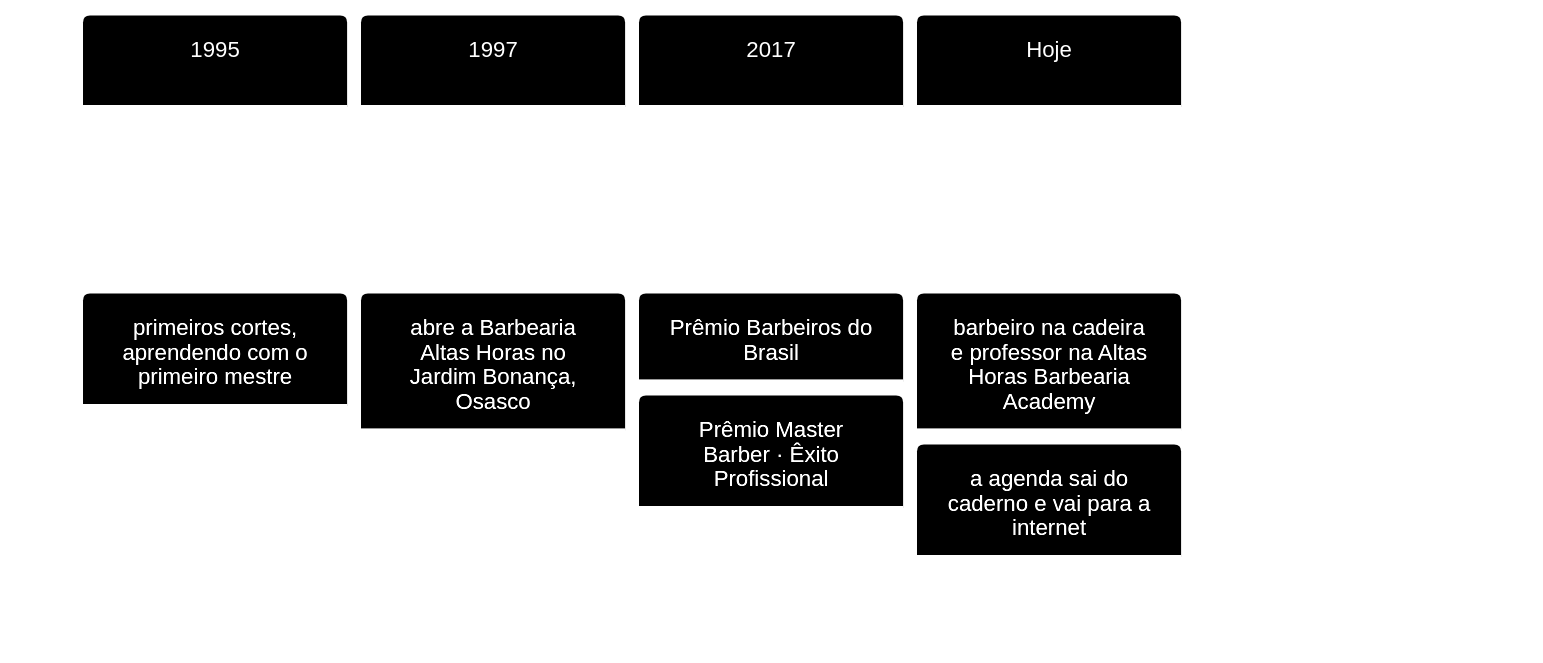
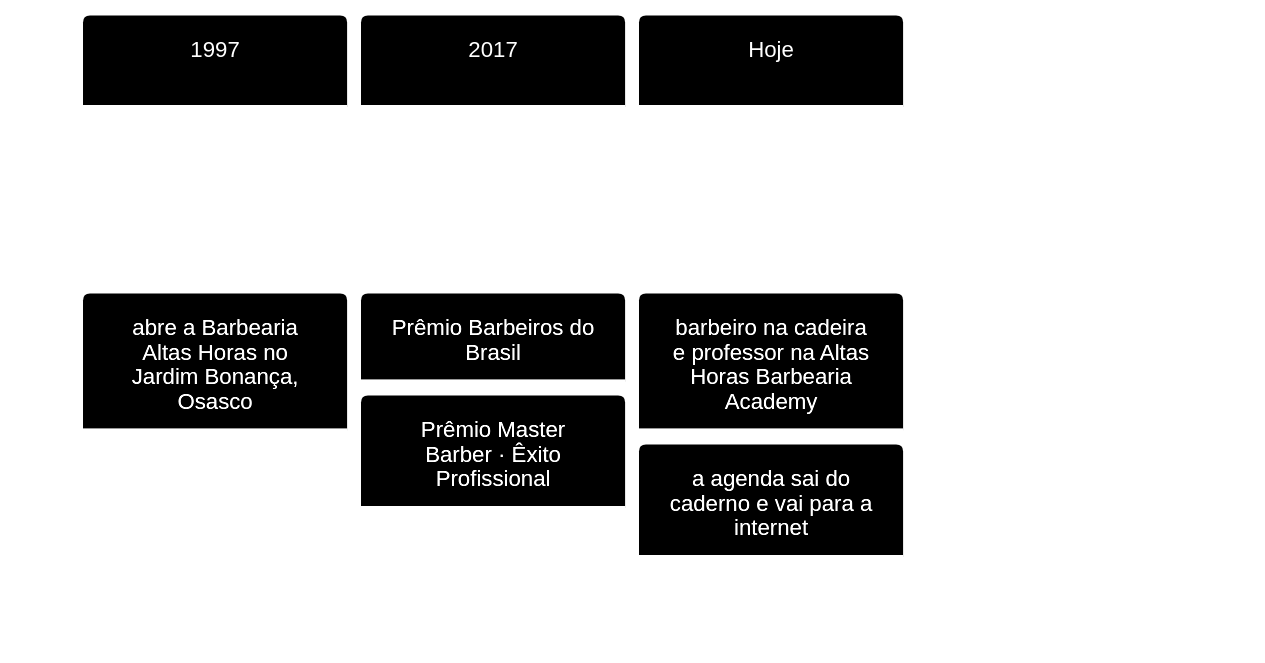
Before and after one commit to k3vinrich4rd/barbearia-altas-horas: the first of 5 diagrams in README.md, drawn with Mermaid. The commit also changed other lines of this file, not shown here.

````diff
--- a/README.md
+++ b/README.md
@@ -65,10 +65,9 @@
 ```mermaid
 %%{init: {'theme':'base','themeVariables':{'primaryColor':'#0A0A0A','primaryTextColor':'#FFFFFF','primaryBorderColor':'#FFFFFF','lineColor':'#7A7A7A','fontFamily':'Georgia, serif'}}}%%
 timeline
-    1995 : primeiros cortes, aprendendo com o primeiro mestre
     1997 : abre a Barbearia Altas Horas no Jardim Bonança, Osasco
     2017 : Prêmio Barbeiros do Brasil
          : Prêmio Master Barber · Êxito Profissional
     Hoje : barbeiro na cadeira e professor na Altas Horas Barbearia Academy
          : a agenda sai do caderno e vai para a internet
 ```
````
